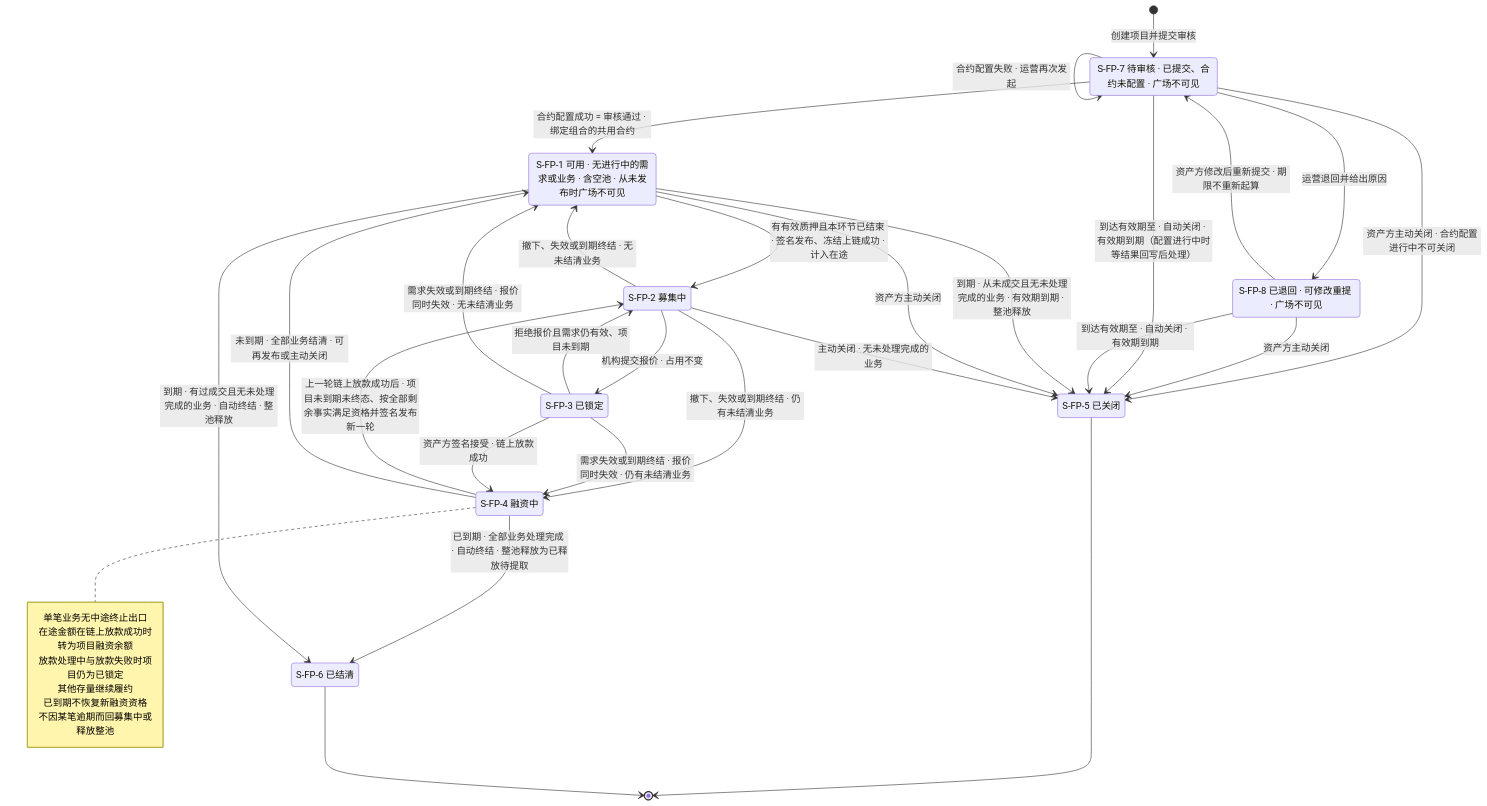
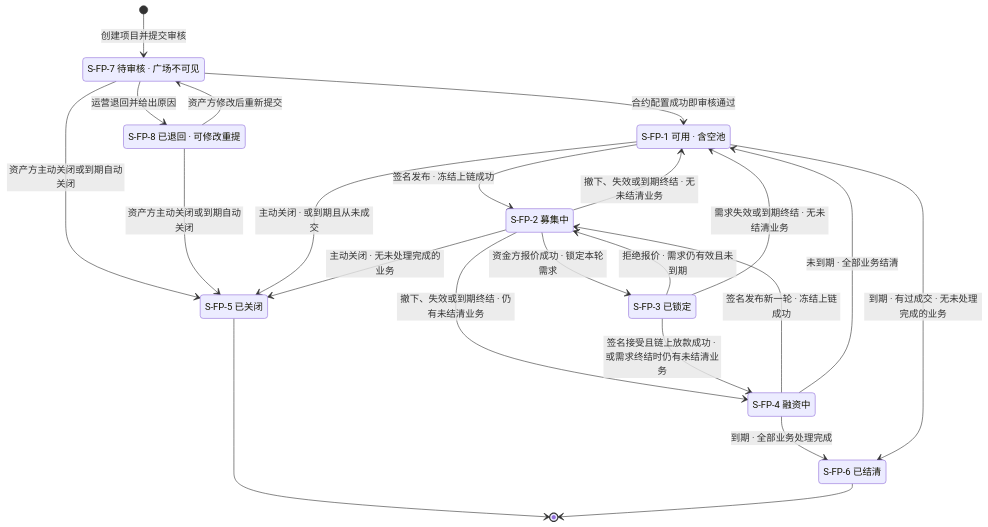
Before and after one commit to wxblockchain/Chain-Financing: the eighth of 10 diagrams in lending-platform/PRD/面客端/05-借贷广场-融资需求与代币质押/02-融资需求与代币质押-流程图与状态机.md, drawn with Mermaid. The commit also changed other lines of this file, not shown here.

First line of the commit message:
prd(WS-446): make state machines render in every Mermaid version

````diff
--- a/lending-platform/PRD/面客端/05-借贷广场-融资需求与代币质押/02-融资需求与代币质押-流程图与状态机.md
+++ b/lending-platform/PRD/面客端/05-借贷广场-融资需求与代币质押/02-融资需求与代币质押-流程图与状态机.md
@@ -232,45 +232,32 @@
 ```mermaid
 stateDiagram-v2
-  S_FP_7: S-FP-7 待审核 · 已提交、合约未配置 · 广场不可见
-  S_FP_8: S-FP-8 已退回 · 可修改重提 · 广场不可见
-  [*] --> S_FP_7: 创建项目并提交审核
-  S_FP_7 --> S_FP_8: 运营退回并给出原因
-  S_FP_8 --> S_FP_7: 资产方修改后重新提交 · 期限不重新起算
-  S_FP_7 --> S_FP_7: 合约配置失败 · 运营再次发起
-  S_FP_7 --> S_FP_1: 合约配置成功 = 审核通过 · 绑定组合的共用合约
-  S_FP_7 --> S_FP_5: 资产方主动关闭 · 合约配置进行中不可关闭
-  S_FP_8 --> S_FP_5: 资产方主动关闭
-  S_FP_7 --> S_FP_5: 到达有效期至 · 自动关闭 · 有效期到期（配置进行中时等结果回写后处理）
-  S_FP_8 --> S_FP_5: 到达有效期至 · 自动关闭 · 有效期到期
-  S_FP_1: S-FP-1 可用 · 无进行中的需求或业务 · 含空池 · 从未发布时广场不可见
+  S_FP_7: S-FP-7 待审核 · 广场不可见
+  S_FP_8: S-FP-8 已退回 · 可修改重提
+  S_FP_1: S-FP-1 可用 · 含空池
   S_FP_2: S-FP-2 募集中
   S_FP_3: S-FP-3 已锁定
   S_FP_4: S-FP-4 融资中
   S_FP_5: S-FP-5 已关闭
   S_FP_6: S-FP-6 已结清
-  S_FP_1 --> S_FP_2: 有有效质押且本环节已结束 · 签名发布、冻结上链成功 · 计入在途
+  [*] --> S_FP_7: 创建项目并提交审核
+  S_FP_7 --> S_FP_8: 运营退回并给出原因
+  S_FP_8 --> S_FP_7: 资产方修改后重新提交
+  S_FP_7 --> S_FP_1: 合约配置成功即审核通过
+  S_FP_7 --> S_FP_5: 资产方主动关闭或到期自动关闭
+  S_FP_8 --> S_FP_5: 资产方主动关闭或到期自动关闭
+  S_FP_1 --> S_FP_2: 签名发布 · 冻结上链成功
+  S_FP_2 --> S_FP_3: 资金方报价成功 · 锁定本轮需求
+  S_FP_3 --> S_FP_2: 拒绝报价 · 需求仍有效且未到期
   S_FP_2 --> S_FP_1: 撤下、失效或到期终结 · 无未结清业务
+  S_FP_3 --> S_FP_1: 需求失效或到期终结 · 无未结清业务
   S_FP_2 --> S_FP_4: 撤下、失效或到期终结 · 仍有未结清业务
-  S_FP_2 --> S_FP_3: 机构提交报价 · 占用不变
-  S_FP_3 --> S_FP_2: 拒绝报价且需求仍有效、项目未到期
-  S_FP_3 --> S_FP_1: 需求失效或到期终结 · 报价同时失效 · 无未结清业务
-  S_FP_3 --> S_FP_4: 需求失效或到期终结 · 报价同时失效 · 仍有未结清业务
-  S_FP_3 --> S_FP_4: 资产方签名接受 · 链上放款成功
-  S_FP_4 --> S_FP_2: 上一轮链上放款成功后 · 项目未到期未终态、按全部剩余事实满足资格并签名发布新一轮
-  S_FP_4 --> S_FP_1: 未到期 · 全部业务结清 · 可再发布或主动关闭
-  S_FP_4 --> S_FP_6: 已到期 · 全部业务处理完成 · 自动终结 · 整池释放为已释放待提取
-  S_FP_1 --> S_FP_6: 到期 · 有过成交且无未处理完成的业务 · 自动终结 · 整池释放
-  S_FP_1 --> S_FP_5: 到期 · 从未成交且无未处理完成的业务 · 有效期到期 · 整池释放
-  S_FP_1 --> S_FP_5: 资产方主动关闭
+  S_FP_3 --> S_FP_4: 签名接受且链上放款成功 · 或需求终结时仍有未结清业务
+  S_FP_4 --> S_FP_2: 签名发布新一轮 · 冻结上链成功
+  S_FP_4 --> S_FP_1: 未到期 · 全部业务结清
+  S_FP_4 --> S_FP_6: 到期 · 全部业务处理完成
+  S_FP_1 --> S_FP_6: 到期 · 有过成交 · 无未处理完成的业务
+  S_FP_1 --> S_FP_5: 主动关闭 · 或到期且从未成交
   S_FP_2 --> S_FP_5: 主动关闭 · 无未处理完成的业务
-  note right of S_FP_4
-    单笔业务无中途终止出口
-    在途金额在链上放款成功时转为项目融资余额
-    放款处理中与放款失败时项目仍为已锁定
-    其他存量继续履约
-    已到期不恢复新融资资格
-    不因某笔逾期而回募集中或释放整池
-  end note
   S_FP_5 --> [*]
   S_FP_6 --> [*]
 ```
````
